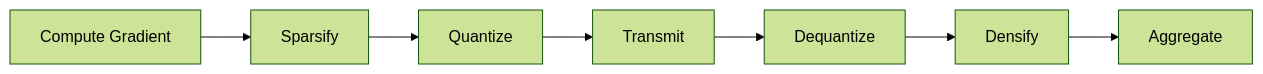
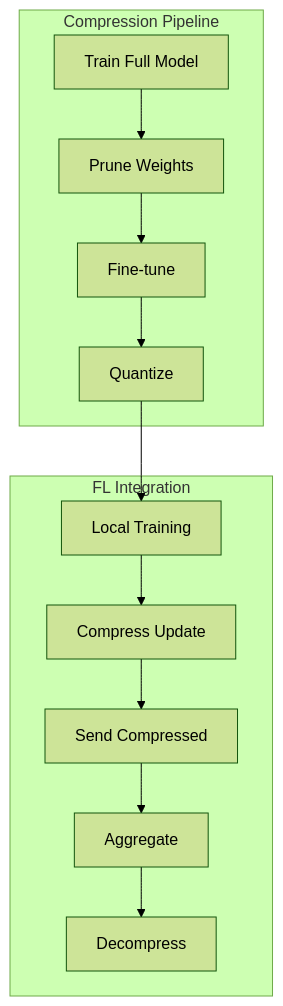
Before and after one commit to olaflaitinen/unbitrium: the second of 2 diagrams in docs/tutorials/tutorial_084.md, drawn with Mermaid (forest theme). The commit also changed other lines of this file and 298 other files, not shown here.

````diff
--- a/docs/tutorials/tutorial_084.md
+++ b/docs/tutorials/tutorial_084.md
@@ -53,9 +114,20 @@
 ```mermaid
-flowchart LR
-    A[Compute Gradient] --> B[Sparsify]
-    B --> C[Quantize]
-    C --> D[Transmit]
-    D --> E[Dequantize]
-    E --> F[Densify]
-    F --> G[Aggregate]
+flowchart TB
+    subgraph "Compression Pipeline"
+        TRAIN[Train Full Model]
+        PRUNE[Prune Weights]
+        FINETUNE[Fine-tune]
+        QUANT[Quantize]
+    end
+
+    subgraph "FL Integration"
+        LOCAL[Local Training]
+        COMPRESS[Compress Update]
+        SEND[Send Compressed]
+        AGG[Aggregate]
+        DECOMPRESS[Decompress]
+    end
+
+    TRAIN --> PRUNE --> FINETUNE --> QUANT
+    QUANT --> LOCAL --> COMPRESS --> SEND --> AGG --> DECOMPRESS
 ```
````
